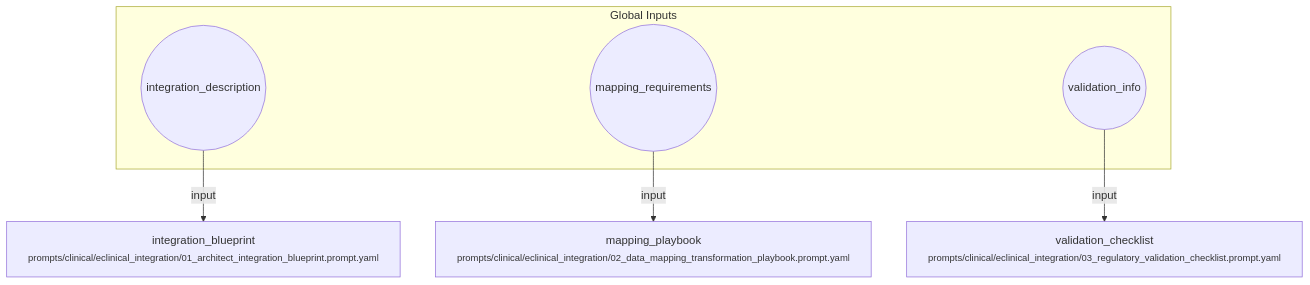
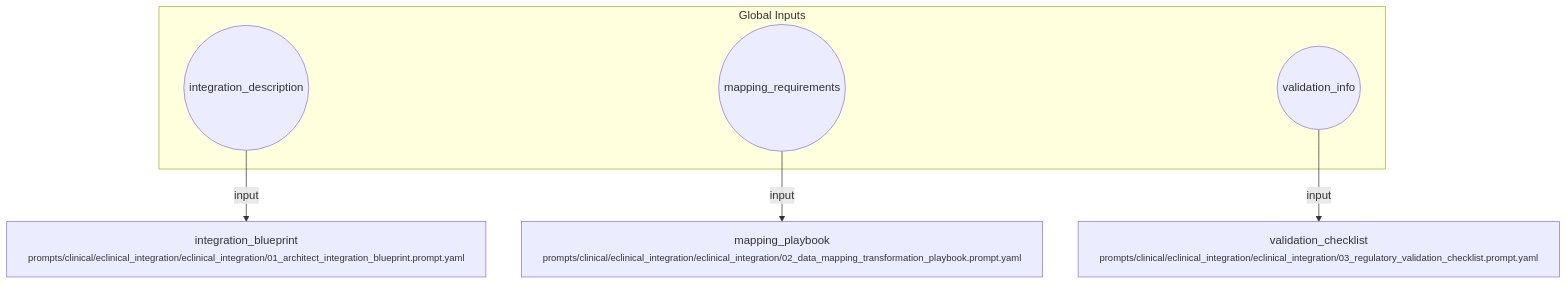
One commit to fderuiter/proompts changed the diagram in workflows/clinical/eclinical_integration.workflow.md. Above: the diagram before and after it, drawn with Mermaid. The commit also changed 31 other files, not shown here.

````diff
--- a/workflows/clinical/eclinical_integration.workflow.md
+++ b/workflows/clinical/eclinical_integration.workflow.md
@@ -7,14 +7,14 @@
 ```mermaid
 flowchart TD
     subgraph Inputs [Global Inputs]
         inp_integration_description((integration_description))
         inp_mapping_requirements((mapping_requirements))
         inp_validation_info((validation_info))
     end
-    integration_blueprint["integration_blueprint<br/><small>prompts/clinical/eclinical_integration/01_architect_integration_blueprint.prompt.yaml</small>"]
-    mapping_playbook["mapping_playbook<br/><small>prompts/clinical/eclinical_integration/02_data_mapping_transformation_playbook.prompt.yaml</small>"]
-    validation_checklist["validation_checklist<br/><small>prompts/clinical/eclinical_integration/03_regulatory_validation_checklist.prompt.yaml</small>"]
+    integration_blueprint["integration_blueprint<br/><small>prompts/clinical/eclinical_integration/eclinical_integration/01_architect_integration_blueprint.prompt.yaml</small>"]
+    mapping_playbook["mapping_playbook<br/><small>prompts/clinical/eclinical_integration/eclinical_integration/02_data_mapping_transformation_playbook.prompt.yaml</small>"]
+    validation_checklist["validation_checklist<br/><small>prompts/clinical/eclinical_integration/eclinical_integration/03_regulatory_validation_checklist.prompt.yaml</small>"]
     inp_integration_description -->|input| integration_blueprint
     inp_mapping_requirements -->|input| mapping_playbook
     inp_validation_info -->|input| validation_checklist
 ```
````
